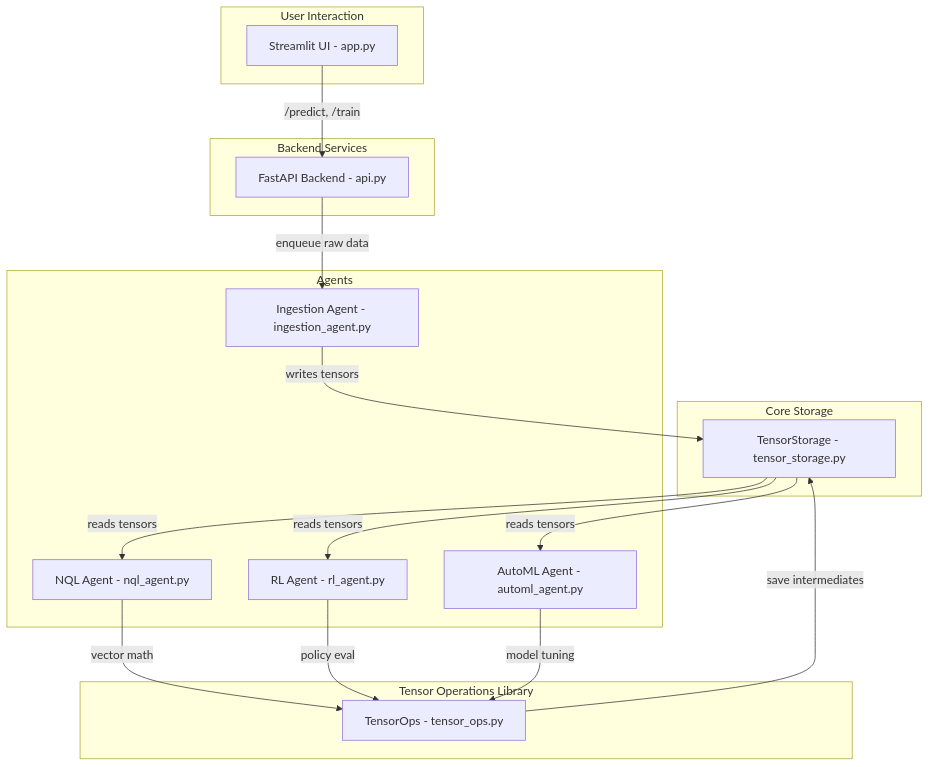
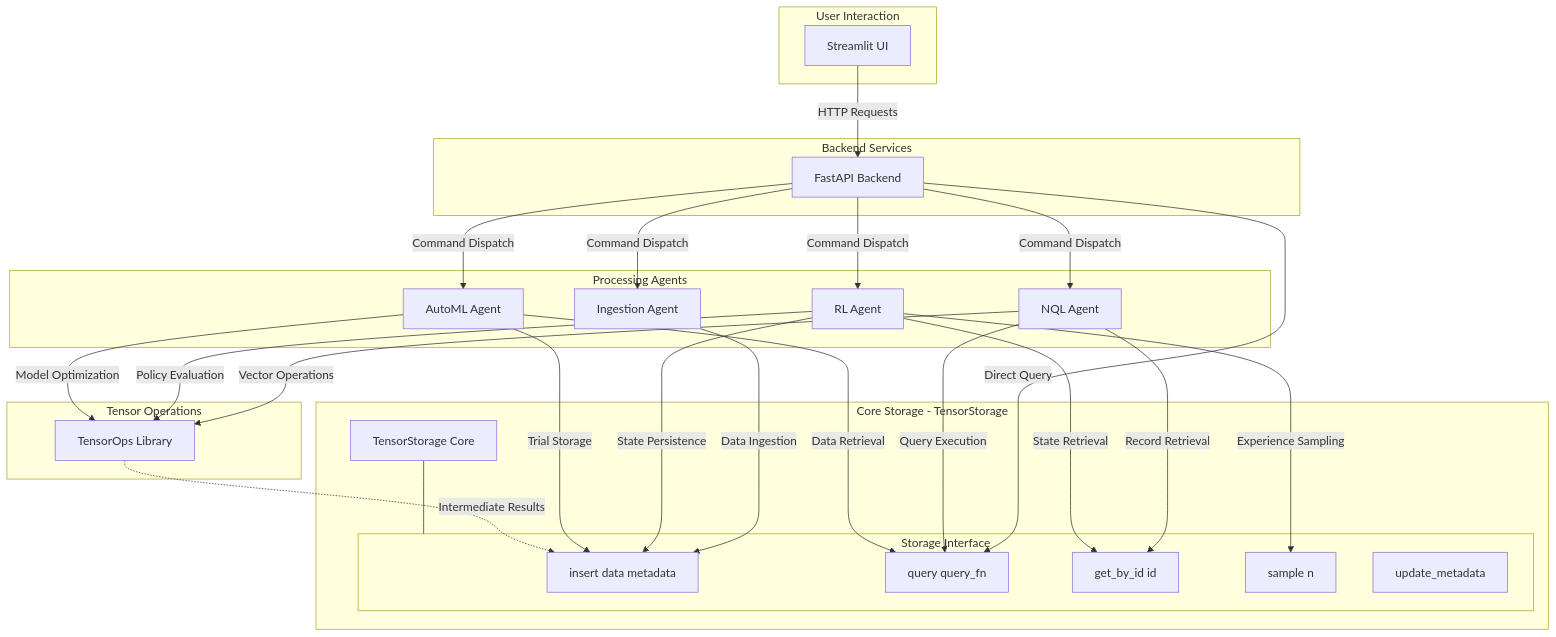
One commit to tensorus/tensorus changed the diagram in README.md. Above: the diagram before and after it, drawn with Mermaid.

````diff
--- a/README.md
+++ b/README.md
@@ -43,35 +43,69 @@
 ```mermaid
 graph TD
-    %% Subgraphs
-    subgraph User_Interaction ["User Interaction"]
-        UI[Streamlit UI - app.py]
+    %% User Interface Layer
+    subgraph UI_Layer ["User Interaction"]
+        UI[Streamlit UI]
     end
-    subgraph Backend_Services ["Backend Services"]
-        API[FastAPI Backend - api.py]
+    
+    %% API Gateway Layer
+    subgraph API_Layer ["Backend Services"]
+        API[FastAPI Backend]
     end
-    subgraph Core_Storage ["Core Storage"]
-        TS[TensorStorage - tensor_storage.py]
+    
+    %% Core Storage with Method Interface
+    subgraph Storage_Layer ["Core Storage - TensorStorage"]
+        TS[TensorStorage Core]
+        subgraph Storage_Methods ["Storage Interface"]
+            TS_insert[insert data metadata]
+            TS_query[query query_fn]
+            TS_get[get_by_id id]
+            TS_sample[sample n]
+            TS_update[update_metadata]
+        end
+        TS --- Storage_Methods
     end
-    subgraph Agents_Group ["Agents"]
-        IA[Ingestion Agent - ingestion_agent.py]
-        NQLA[NQL Agent - nql_agent.py]
-        RLA[RL Agent - rl_agent.py]
-        AutoMLA[AutoML Agent - automl_agent.py]
+    
+    %% Agent Processing Layer
+    subgraph Agent_Layer ["Processing Agents"]
+        IA[Ingestion Agent]
+        NQLA[NQL Agent]
+        RLA[RL Agent]
+        AutoMLA[AutoML Agent]
     end
-    subgraph Tensor_Operations_Library ["Tensor Operations Library"]
-        TOps[TensorOps - tensor_ops.py]
+    
+    %% Tensor Operations Library
+    subgraph Ops_Layer ["Tensor Operations"]
+        TOps[TensorOps Library]
     end
-    %% Data flows
-    UI -->|/predict, /train| API
-    API -->|enqueue raw data| IA
-    IA -->|writes tensors| TS
-    TS -->|reads tensors| NQLA
-    TS -->|reads tensors| RLA
-    TS -->|reads tensors| AutoMLA
-    %% Agents invoking the ops library
-    NQLA -->|vector math| TOps
-    RLA -->|policy eval| TOps
-    AutoMLA -->|model tuning| TOps
-    %% Ops writing back optional
-    TOps -->|save intermediates| TS
+
+    %% Primary UI Flow
+    UI -->|HTTP Requests| API
+
+    %% API Orchestration
+    API -->|Command Dispatch| IA
+    API -->|Command Dispatch| NQLA
+    API -->|Command Dispatch| RLA
+    API -->|Command Dispatch| AutoMLA
+    API -->|Direct Query| TS_query
+
+    %% Agent Storage Interactions
+    IA -->|Data Ingestion| TS_insert
+    
+    NQLA -->|Query Execution| TS_query
+    NQLA -->|Record Retrieval| TS_get
+
+    RLA -->|State Persistence| TS_insert
+    RLA -->|Experience Sampling| TS_sample
+    RLA -->|State Retrieval| TS_get
+    
+    AutoMLA -->|Trial Storage| TS_insert
+    AutoMLA -->|Data Retrieval| TS_query
+
+    %% Computational Operations
+    NQLA -->|Vector Operations| TOps
+    RLA -->|Policy Evaluation| TOps
+    AutoMLA -->|Model Optimization| TOps
+
+    %% Indirect Storage Write-back
+    TOps -.->|Intermediate Results| TS_insert
 ```
````
